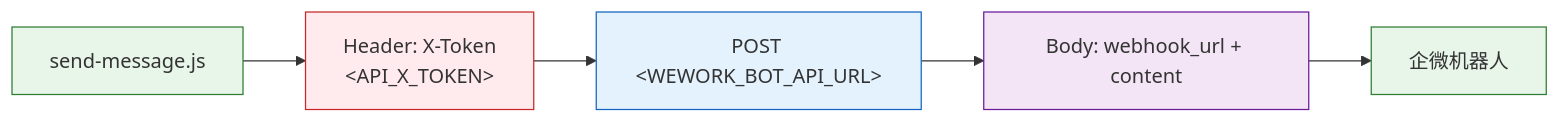
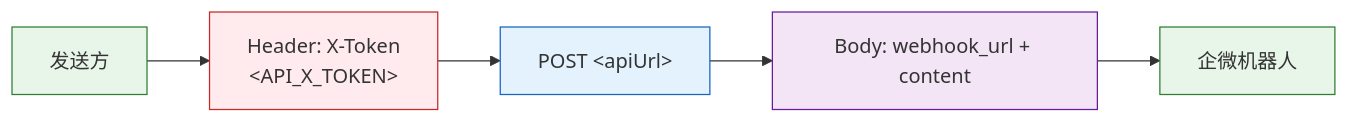
Before and after one commit to effiy/YrY: the sixth of 11 diagrams in skills/wework-bot/SKILL.md, drawn with Mermaid. The commit also changed other lines of this file and 14 other files, not shown here.

````diff
--- a/skills/wework-bot/SKILL.md
+++ b/skills/wework-bot/SKILL.md
@@ -172,13 +223,13 @@
 ```mermaid
 flowchart LR
-    SCRIPT["send-message.js"]:::src --> TOKEN["Header: X-Token<br/>&lt;API_X_TOKEN&gt;"]:::auth
-    TOKEN --> POST["POST &lt;WEWORK_BOT_API_URL&gt;"]:::api
+    CALLER["发送方"]:::src --> TOKEN["Header: X-Token<br/>&lt;API_X_TOKEN&gt;"]:::auth
+    TOKEN --> POST["POST &lt;apiUrl&gt;"]:::api
     POST --> BODY["Body: webhook_url + content"]:::body
     BODY --> WEWORK["企微机器人"]:::out
 
     classDef src fill:#e8f5e9,stroke:#2e7d32;
     classDef auth fill:#ffebee,stroke:#c62828;
     classDef api fill:#e3f2fd,stroke:#1565c0;
     classDef body fill:#f3e5f5,stroke:#6a1b9a;
     classDef out fill:#e8f5e9,stroke:#2e7d32;
 ```
````
